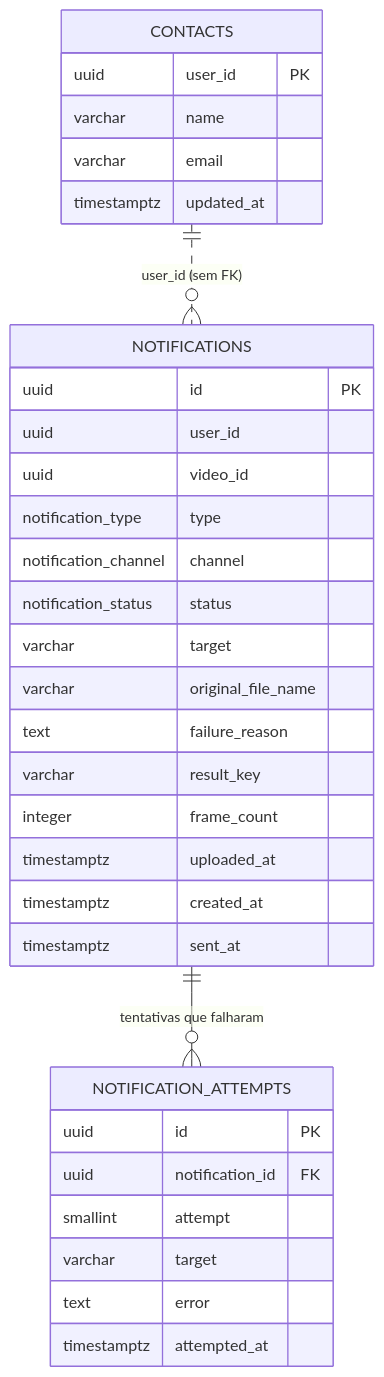
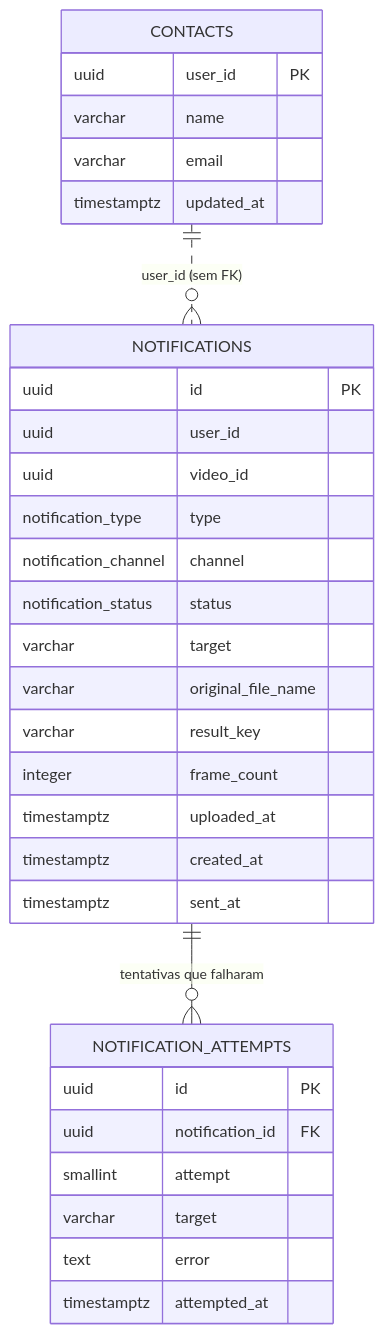
Before and after one commit to knzt/zipframes: the third of 3 diagrams in docs/data/modelagem-de-dados.md, drawn with Mermaid. The commit also changed other lines of this file and 12 other files, not shown here.

````diff
--- a/docs/data/modelagem-de-dados.md
+++ b/docs/data/modelagem-de-dados.md
@@ -183,35 +183,34 @@
 ```mermaid
 erDiagram
   CONTACTS {
     uuid user_id PK
     varchar name
     varchar email
     timestamptz updated_at
   }
   NOTIFICATIONS {
     uuid id PK
     uuid user_id
     uuid video_id
     notification_type type
     notification_channel channel
     notification_status status
     varchar target
     varchar original_file_name
-    text failure_reason
     varchar result_key
     integer frame_count
     timestamptz uploaded_at
     timestamptz created_at
     timestamptz sent_at
   }
   NOTIFICATION_ATTEMPTS {
     uuid id PK
     uuid notification_id FK
     smallint attempt
     varchar target
     text error
     timestamptz attempted_at
   }
   CONTACTS ||..o{ NOTIFICATIONS : "user_id (sem FK)"
   NOTIFICATIONS ||--o{ NOTIFICATION_ATTEMPTS : "tentativas que falharam"
 ```
````
